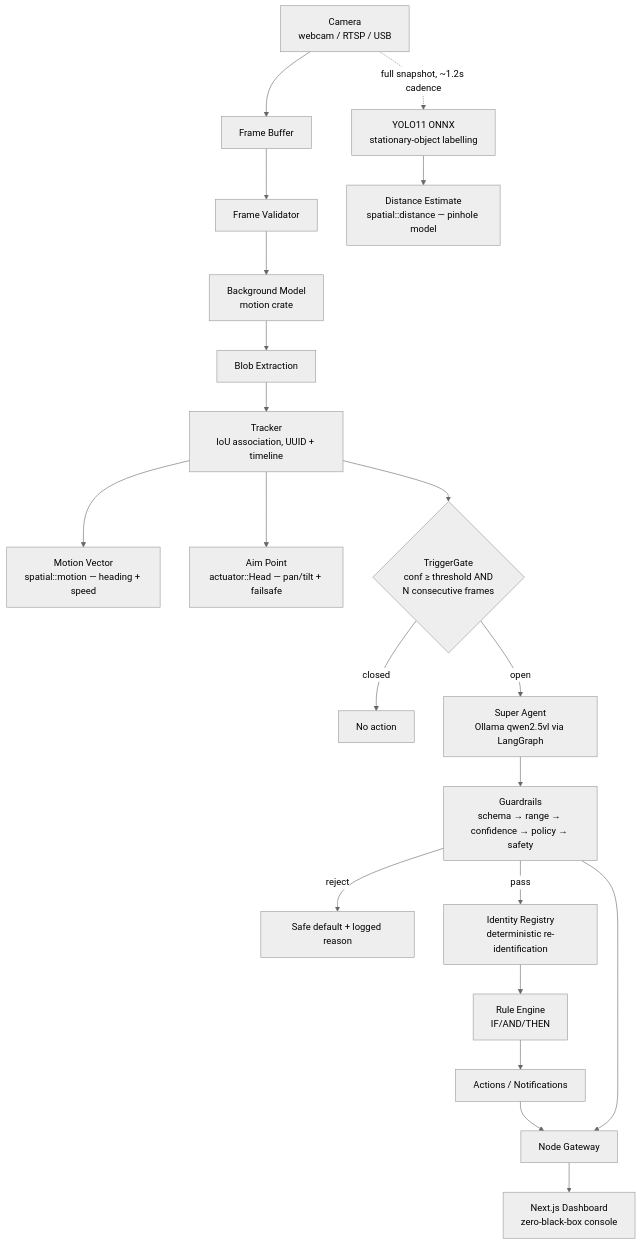
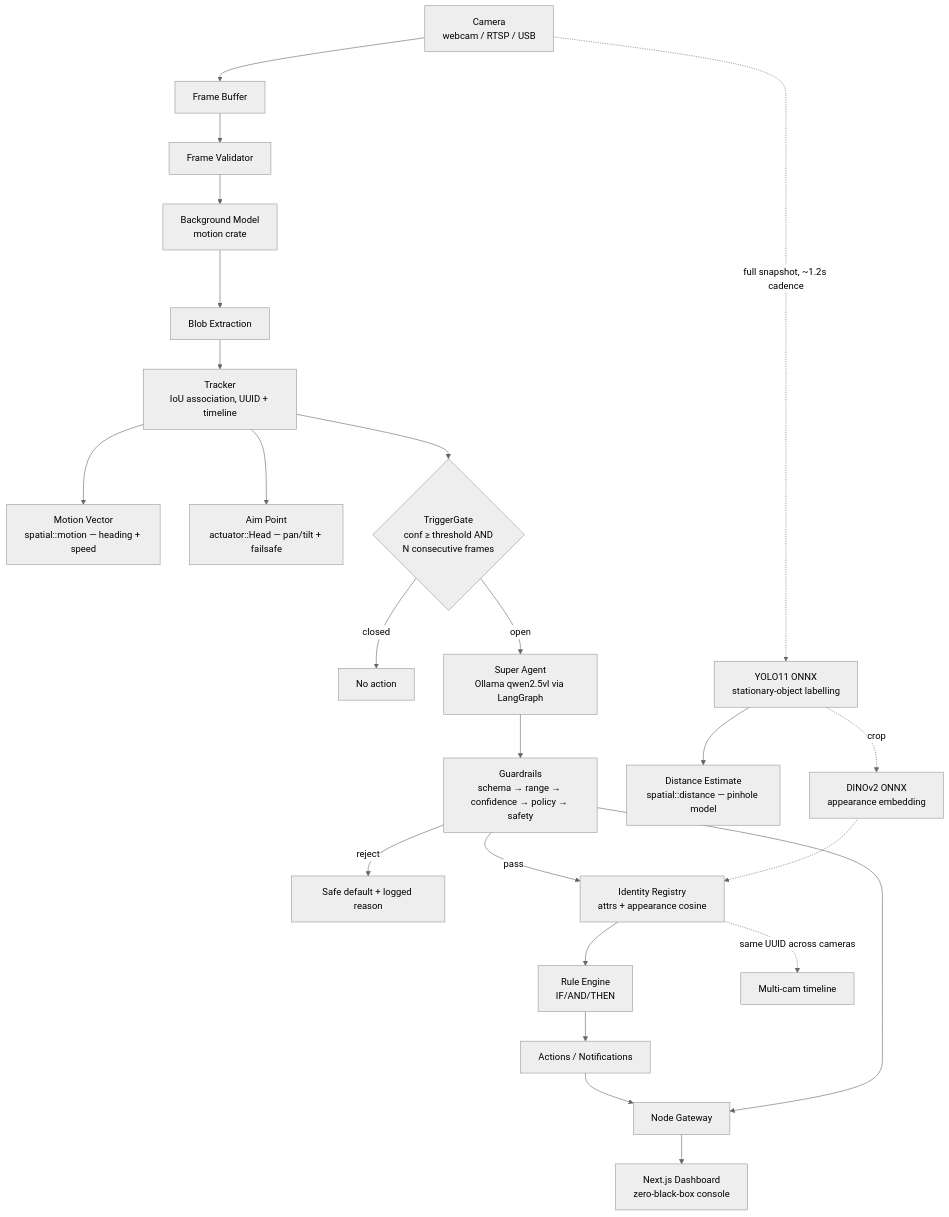
The first of 2 diagrams in docs/architecture/overview.md (GeekatplayStudio/WatchingEye), drawn with Mermaid (neutral theme) before and after one commit. The commit also changed other lines of this file and 31 other files, not shown here.

First line of the commit message:
Ship hybrid appearance ReID and multi-camera identity timelines.

````diff
--- a/docs/architecture/overview.md
+++ b/docs/architecture/overview.md
@@ -5,25 +5,28 @@
 ```mermaid
 flowchart TD
     C[Camera<br/>webcam / RTSP / USB] --> FB[Frame Buffer]
     FB --> FV[Frame Validator]
     FV --> BG[Background Model<br/>motion crate]
     BG --> BL[Blob Extraction]
     BL --> TR[Tracker<br/>IoU association, UUID + timeline]
     TR --> SP[Motion Vector<br/>spatial::motion — heading + speed]
     TR --> AIM[Aim Point<br/>actuator::Head — pan/tilt + failsafe]
     TR --> GATE{TriggerGate<br/>conf ≥ threshold AND<br/>N consecutive frames}
     GATE -- closed --> DONE[No action]
     GATE -- open --> VLM[Super Agent<br/>Ollama qwen2.5vl via LangGraph]
     VLM --> GR[Guardrails<br/>schema → range → confidence → policy → safety]
     GR -- reject --> SAFE[Safe default + logged reason]
-    GR -- pass --> ID[Identity Registry<br/>deterministic re-identification]
+    GR -- pass --> ID[Identity Registry<br/>attrs + appearance cosine]
     ID --> RE[Rule Engine<br/>IF/AND/THEN]
     RE --> ACT[Actions / Notifications]
 
     C -.->|full snapshot, ~1.2s cadence| YOLO[YOLO11 ONNX<br/>stationary-object labelling]
     YOLO --> DIST[Distance Estimate<br/>spatial::distance — pinhole model]
+    YOLO -.->|crop| DINO[DINOv2 ONNX<br/>appearance embedding]
+    DINO -.-> ID
+    ID -.->|same UUID across cameras| MC[Multi-cam timeline]
 
     ACT --> GW[Node Gateway]
     GR --> GW
     GW --> UI[Next.js Dashboard<br/>zero-black-box console]
 ```
````
